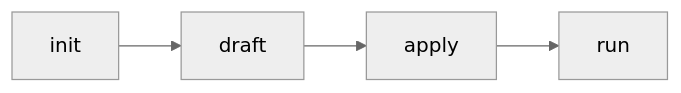
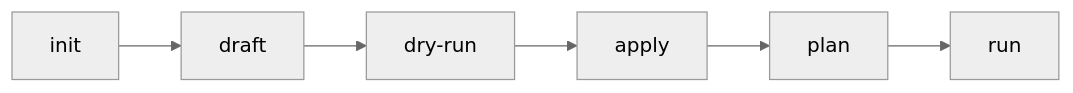
The diagram in docs/quick-start/index.md (mta-tech/seeknal), drawn with Mermaid (neutral theme) before and after one commit. The commit also changed other lines of this file and 178 other files, not shown here.

````diff
--- a/docs/quick-start/index.md
+++ b/docs/quick-start/index.md
@@ -164,6 +120,8 @@
 ```mermaid
 graph LR
     A[init] --> B[draft]
-    B --> C[apply]
-    C --> D[run]
+    B --> C[dry-run]
+    C --> D[apply]
+    D --> E[plan]
+    E --> F[run]
 ```
````
